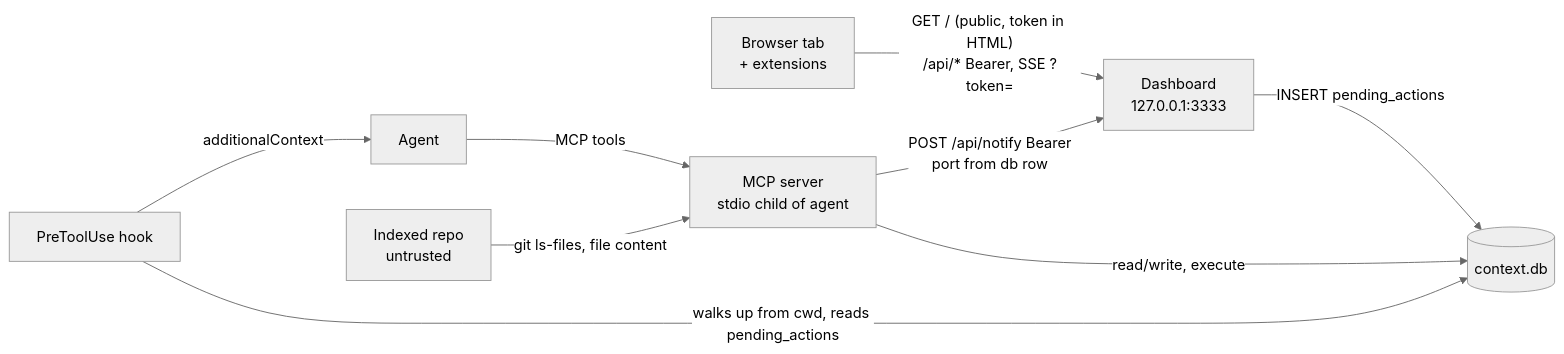
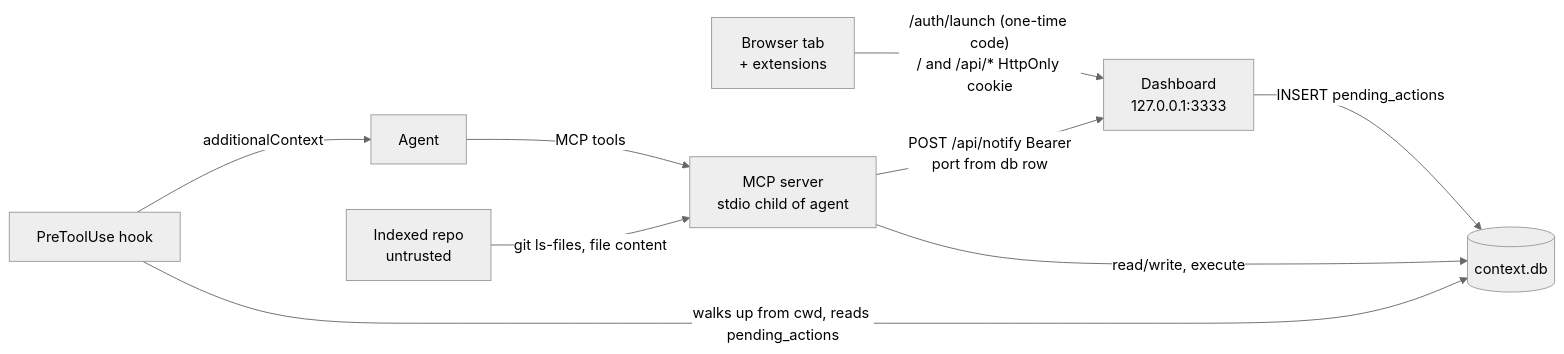
Before and after one commit to VelimirMueller/code-context-mcp: the diagram in docs/security/threat-model.md, drawn with Mermaid (neutral theme). The commit also changed other lines of this file and 30 other files, not shown here.

First line of the commit message:
fix(dashboard)!: log the browser in with an HttpOnly cookie from a one-time launch URL (#243)

````diff
--- a/docs/security/threat-model.md
+++ b/docs/security/threat-model.md
@@ -30,11 +30,11 @@
 ```mermaid
 flowchart LR
-  B[Browser tab<br/>+ extensions] -- "GET / (public, token in HTML)<br/>/api/* Bearer, SSE ?token=" --> D[Dashboard<br/>127.0.0.1:3333]
+  B[Browser tab<br/>+ extensions] -- "/auth/launch (one-time code)<br/>/ and /api/* HttpOnly cookie" --> D[Dashboard<br/>127.0.0.1:3333]
   M[MCP server<br/>stdio child of agent] -- "POST /api/notify Bearer<br/>port from db row" --> D
   D -- "INSERT pending_actions" --> DB[(context.db)]
   M -- "read/write, execute" --> DB
   H[PreToolUse hook] -- "walks up from cwd, reads pending_actions" --> DB
   H -- "additionalContext" --> A[Agent]
   A -- "MCP tools" --> M
   R[Indexed repo<br/>untrusted] -- "git ls-files, file content" --> M
 ```
````
